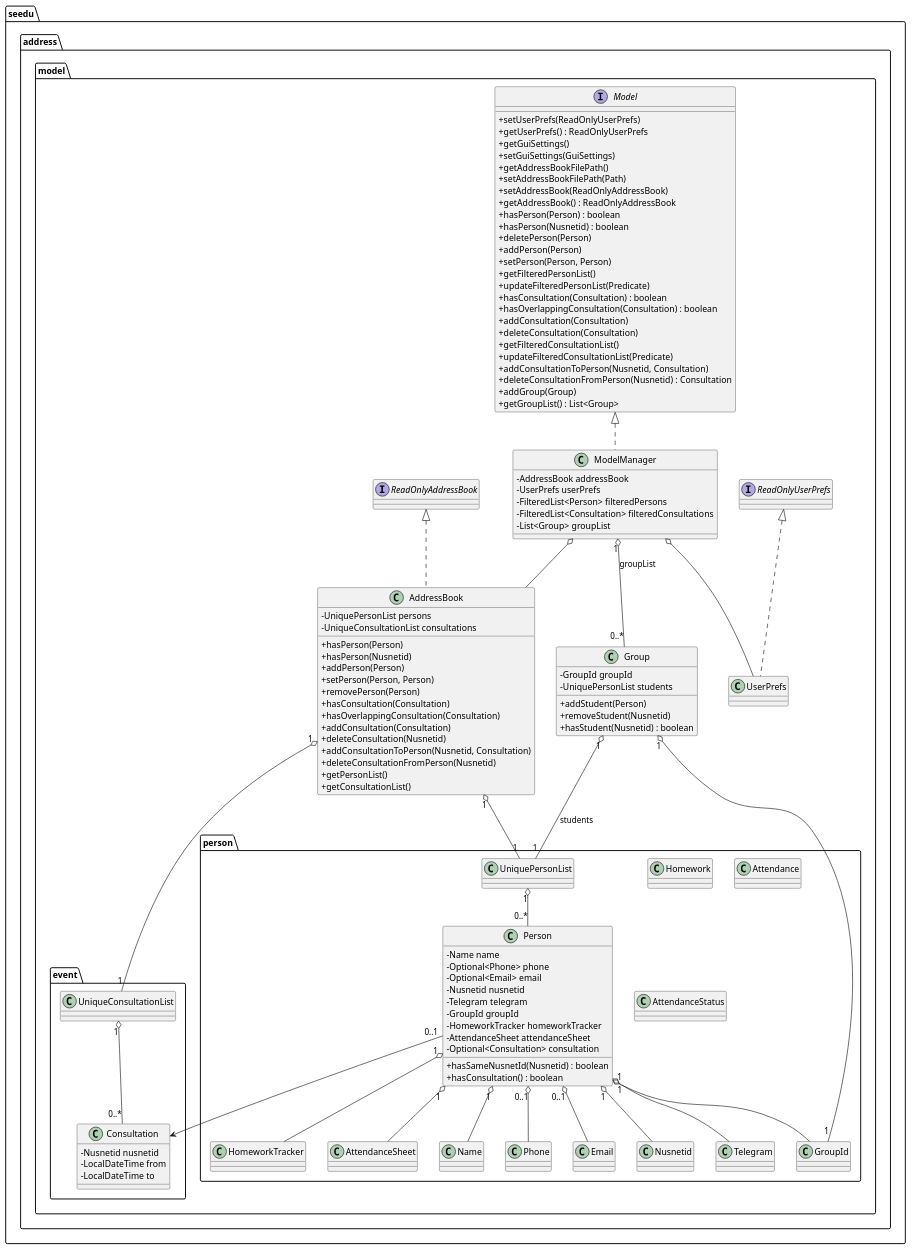
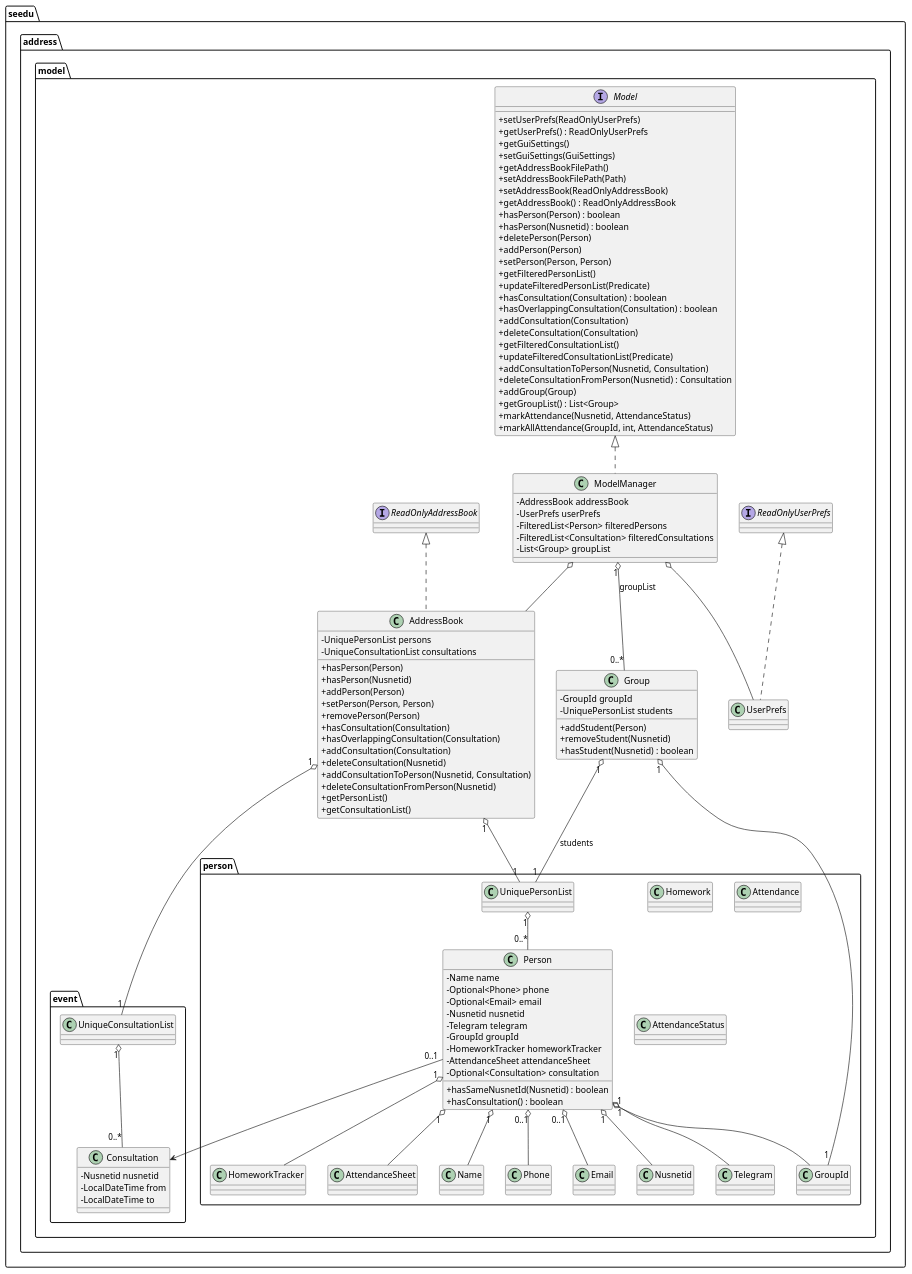
One commit to AY2526S1-CS2103T-W11-1/tp changed the diagram in diagrams/BetterModelClassDiagram.puml. Above: the diagram before and after it, drawn with PlantUML. The commit also changed 30 other files, not shown here.

```diff
--- a/diagrams/BetterModelClassDiagram.puml
+++ b/diagrams/BetterModelClassDiagram.puml
@@ -1,142 +1,144 @@
 @startuml
 ' Better Model Class Diagram (accurate to current codebase)
 
 skinparam classAttributeIconSize 0
 
 package "seedu.address.model" {
   interface ReadOnlyAddressBook
 
   class AddressBook {
     - UniquePersonList persons
     - UniqueConsultationList consultations
     + hasPerson(Person)
     + hasPerson(Nusnetid)
     + addPerson(Person)
     + setPerson(Person, Person)
     + removePerson(Person)
     + hasConsultation(Consultation)
     + hasOverlappingConsultation(Consultation)
     + addConsultation(Consultation)
     + deleteConsultation(Nusnetid)
     + addConsultationToPerson(Nusnetid, Consultation)
     + deleteConsultationFromPerson(Nusnetid)
     + getPersonList()
     + getConsultationList()
   }
 
   interface Model {
     + setUserPrefs(ReadOnlyUserPrefs)
     + getUserPrefs() : ReadOnlyUserPrefs
     + getGuiSettings()
     + setGuiSettings(GuiSettings)
     + getAddressBookFilePath()
     + setAddressBookFilePath(Path)
     + setAddressBook(ReadOnlyAddressBook)
     + getAddressBook() : ReadOnlyAddressBook
     + hasPerson(Person) : boolean
     + hasPerson(Nusnetid) : boolean
     + deletePerson(Person)
     + addPerson(Person)
     + setPerson(Person, Person)
     + getFilteredPersonList()
     + updateFilteredPersonList(Predicate)
     + hasConsultation(Consultation) : boolean
     + hasOverlappingConsultation(Consultation) : boolean
     + addConsultation(Consultation)
     + deleteConsultation(Consultation)
     + getFilteredConsultationList()
     + updateFilteredConsultationList(Predicate)
     + addConsultationToPerson(Nusnetid, Consultation)
     + deleteConsultationFromPerson(Nusnetid) : Consultation
     + addGroup(Group)
     + getGroupList() : List<Group>
+    + markAttendance(Nusnetid, AttendanceStatus)
+    + markAllAttendance(GroupId, int, AttendanceStatus)
   }
 
   class ModelManager {
     - AddressBook addressBook
     - UserPrefs userPrefs
     - FilteredList<Person> filteredPersons
     - FilteredList<Consultation> filteredConsultations
     - List<Group> groupList
   }
 
   class UserPrefs
   interface ReadOnlyUserPrefs
 
   class Group {
     - GroupId groupId
     - UniquePersonList students
     + addStudent(Person)
     + removeStudent(Nusnetid)
     + hasStudent(Nusnetid) : boolean
   }
 }
 
 package "seedu.address.model.person" {
   class UniquePersonList
 
   class Person {
     - Name name
     - Optional<Phone> phone
     - Optional<Email> email
     - Nusnetid nusnetid
     - Telegram telegram
     - GroupId groupId
     - HomeworkTracker homeworkTracker
     - AttendanceSheet attendanceSheet
     - Optional<Consultation> consultation
     + hasSameNusnetId(Nusnetid) : boolean
     + hasConsultation() : boolean
   }
 
   class HomeworkTracker
   class Homework
   class AttendanceSheet
   class Attendance
   class AttendanceStatus
   class Name
   class Phone
   class Email
   class Nusnetid
   class Telegram
   class GroupId
 }
 
 package "seedu.address.model.event" {
   class Consultation {
     - Nusnetid nusnetid
     - LocalDateTime from
     - LocalDateTime to
   }
   class UniqueConsultationList
 }
 
 ' interfaces and implementation
 ReadOnlyAddressBook <|.. AddressBook
 Model <|.. ModelManager
 ReadOnlyUserPrefs <|.. UserPrefs
 
 ' major compositions/associations
 ModelManager o-- AddressBook
 ModelManager o-- UserPrefs
 ModelManager "1" o-- "0..*" Group : groupList
 
 AddressBook "1" o-- "1" UniquePersonList
 AddressBook "1" o-- "1" UniqueConsultationList
 UniquePersonList "1" o-- "0..*" Person
 UniqueConsultationList "1" o-- "0..*" Consultation
 
 Group "1" o-- "1" seedu.address.model.person.GroupId
 Group "1" o-- "1" UniquePersonList : students
 
 Person "1" o-- Name
 Person "0..1" o-- Phone
 Person "0..1" o-- Email
 Person "1" o-- Nusnetid
 Person "1" o-- Telegram
 Person "1" o-- GroupId
 Person "1" o-- HomeworkTracker
 Person "1" o-- AttendanceSheet
 Person "0..1" --> Consultation
 
 @enduml
```
